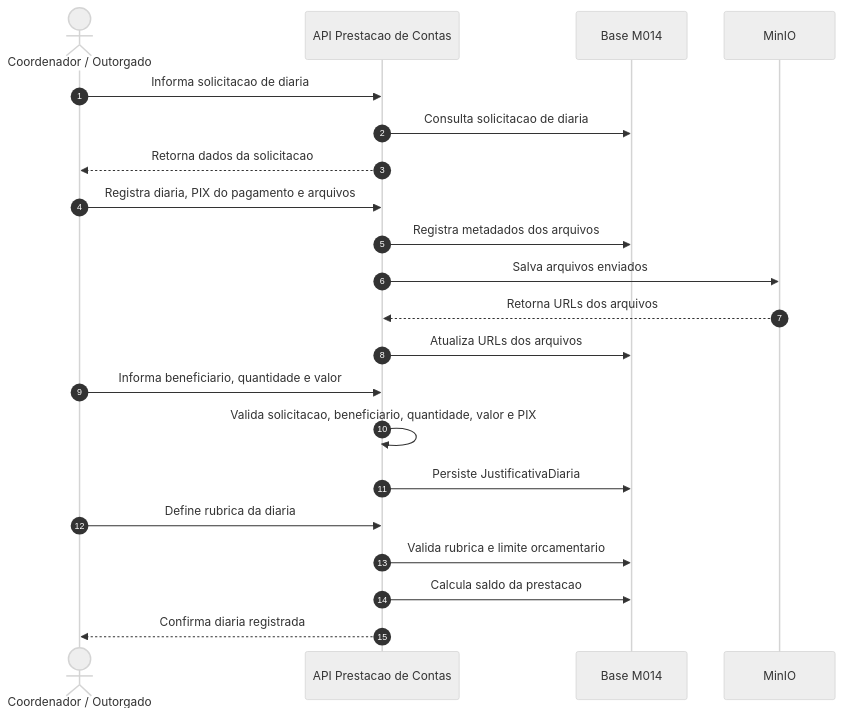
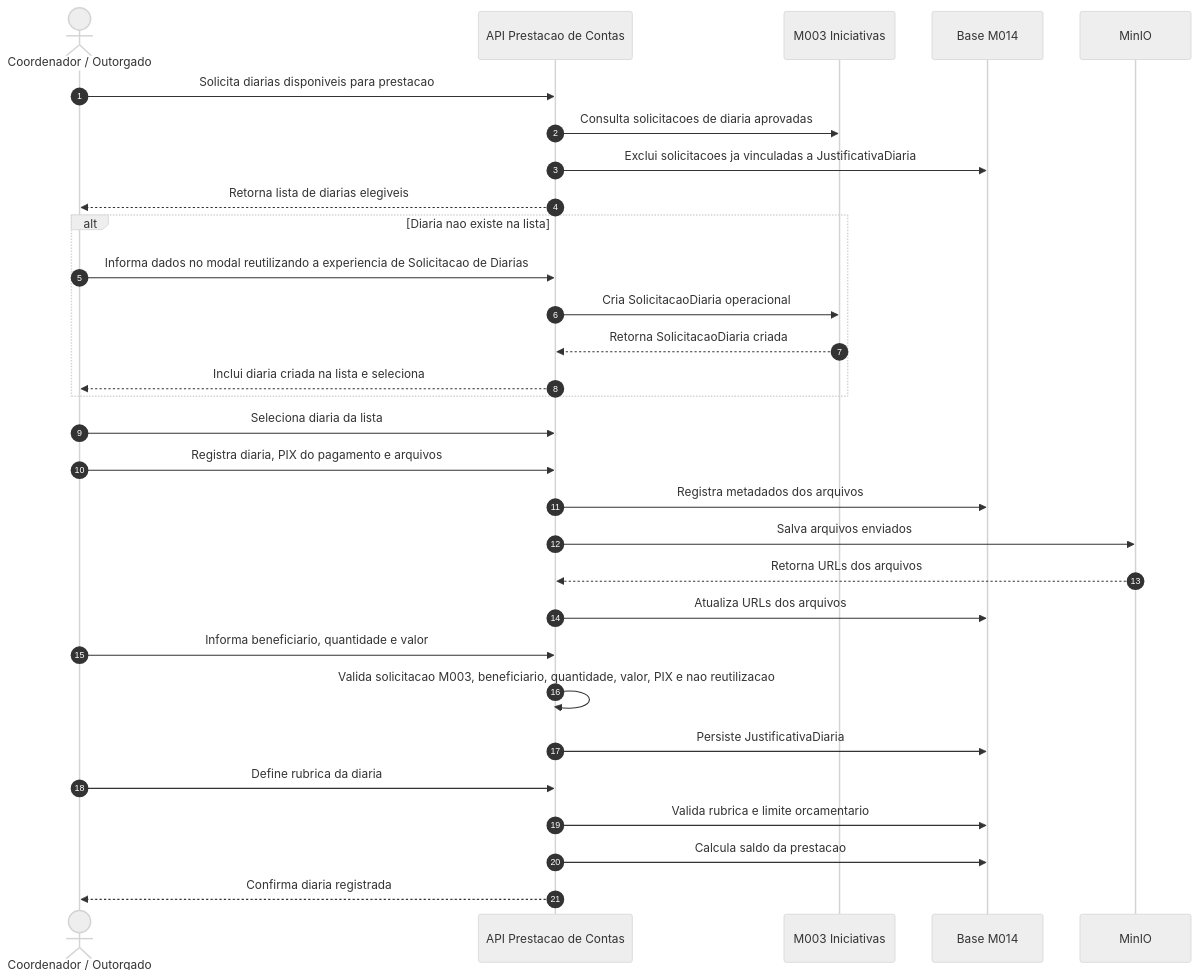
The eighth of 11 diagrams in docs/implementation/modules/M014-prestacao-contas/processo.md (Czzped/conecta-fapes-teste), drawn with Mermaid (neutral theme) before and after one commit. The commit also changed other lines of this file and 42 other files, not shown here.

````diff
--- a/docs/implementation/modules/M014-prestacao-contas/processo.md
+++ b/docs/implementation/modules/M014-prestacao-contas/processo.md
@@ -300,24 +300,33 @@
 ```mermaid
 sequenceDiagram
     autonumber
     actor Coord as Coordenador / Outorgado
     participant API as API Prestacao de Contas
+    participant M003 as M003 Iniciativas
     participant DB as Base M014
     participant MinIO as MinIO
 
-    Coord->>API: Informa solicitacao de diaria
-    API->>DB: Consulta solicitacao de diaria
-    API-->>Coord: Retorna dados da solicitacao
+    Coord->>API: Solicita diarias disponiveis para prestacao
+    API->>M003: Consulta solicitacoes de diaria aprovadas
+    API->>DB: Exclui solicitacoes ja vinculadas a JustificativaDiaria
+    API-->>Coord: Retorna lista de diarias elegiveis
+    alt Diaria nao existe na lista
+        Coord->>API: Informa dados no modal reutilizando a experiencia de Solicitacao de Diarias
+        API->>M003: Cria SolicitacaoDiaria operacional
+        M003-->>API: Retorna SolicitacaoDiaria criada
+        API-->>Coord: Inclui diaria criada na lista e seleciona
+    end
+    Coord->>API: Seleciona diaria da lista
     Coord->>API: Registra diaria, PIX do pagamento e arquivos
     API->>DB: Registra metadados dos arquivos
     API->>MinIO: Salva arquivos enviados
     MinIO-->>API: Retorna URLs dos arquivos
     API->>DB: Atualiza URLs dos arquivos
     Coord->>API: Informa beneficiario, quantidade e valor
-    API->>API: Valida solicitacao, beneficiario, quantidade, valor e PIX
+    API->>API: Valida solicitacao M003, beneficiario, quantidade, valor, PIX e nao reutilizacao
     API->>DB: Persiste JustificativaDiaria
     Coord->>API: Define rubrica da diaria
     API->>DB: Valida rubrica e limite orcamentario
     API->>DB: Calcula saldo da prestacao
     API-->>Coord: Confirma diaria registrada
 ```
````
